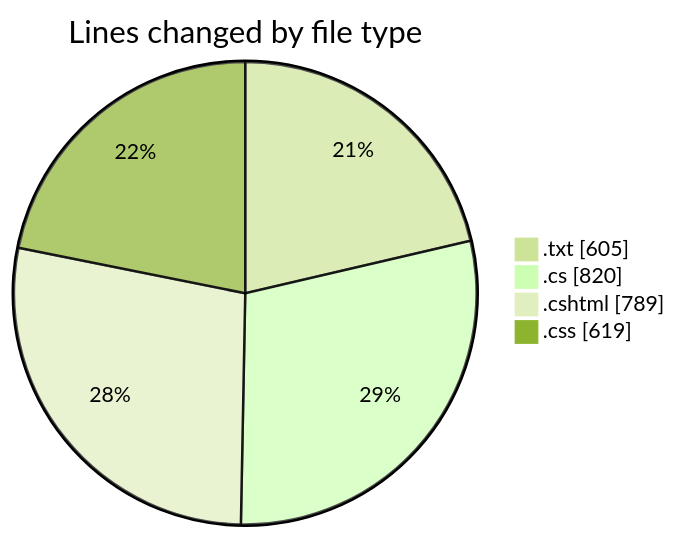
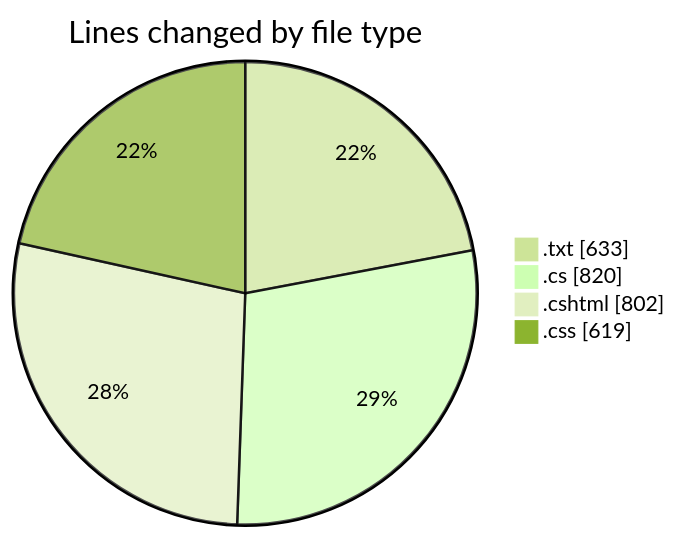
Before and after one commit to lephambinh05/code-tracking: the first of 2 diagrams in 2025-07-26/quanlyrapchieuphim-1/README.md, drawn with Mermaid (forest theme). The commit also changed other lines of this file and 1 other file, not shown here.

````diff
--- a/2025-07-26/quanlyrapchieuphim-1/README.md
+++ b/2025-07-26/quanlyrapchieuphim-1/README.md
@@ -27,8 +27,8 @@
 ```mermaid
 pie showData
 title Lines changed by file type
-".txt" : 605
+".txt" : 633
 ".cs" : 820
-".cshtml" : 789
+".cshtml" : 802
 ".css" : 619
 ```
````
